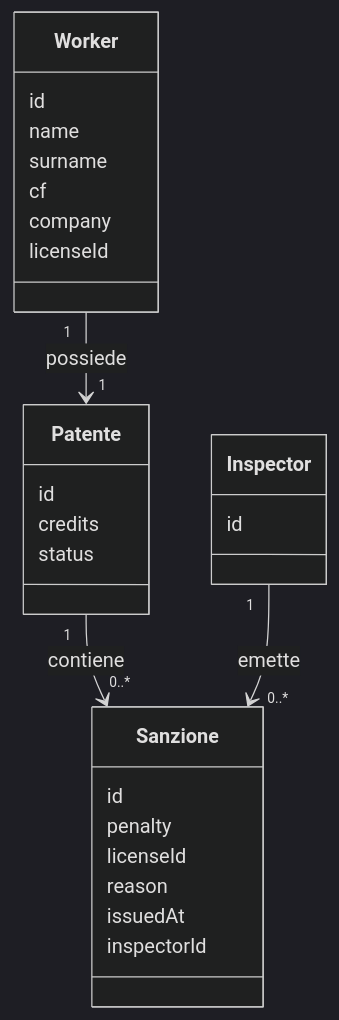
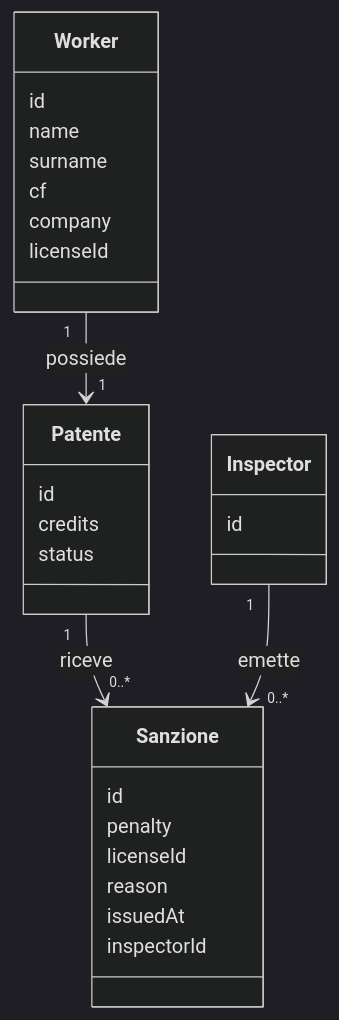
One commit to aledam-12/WorksiteID changed the diagram in docs/domain.md. Above: the diagram before and after it, drawn with Mermaid (dark theme). The commit also changed other lines of this file and 15 other files, not shown here.

````diff
--- a/docs/domain.md
+++ b/docs/domain.md
@@ -57,34 +68,35 @@
 ```mermaid
 classDiagram
+
     Worker "1" --> "1" Patente : possiede
-    Patente "1" --> "0..*" Sanzione : contiene
+    Patente "1" --> "0..*" Sanzione : riceve
     Inspector "1" --> "0..*" Sanzione : emette
 
     class Worker {
         id
         name
         surname
         cf
         company
         licenseId
     }
 
     class Inspector {
         id
     }
 
     class Patente {
         id
         credits
         status
     }
 
     class Sanzione {
         id
         penalty
         licenseId
         reason
         issuedAt
         inspectorId
     }
 ```
````
